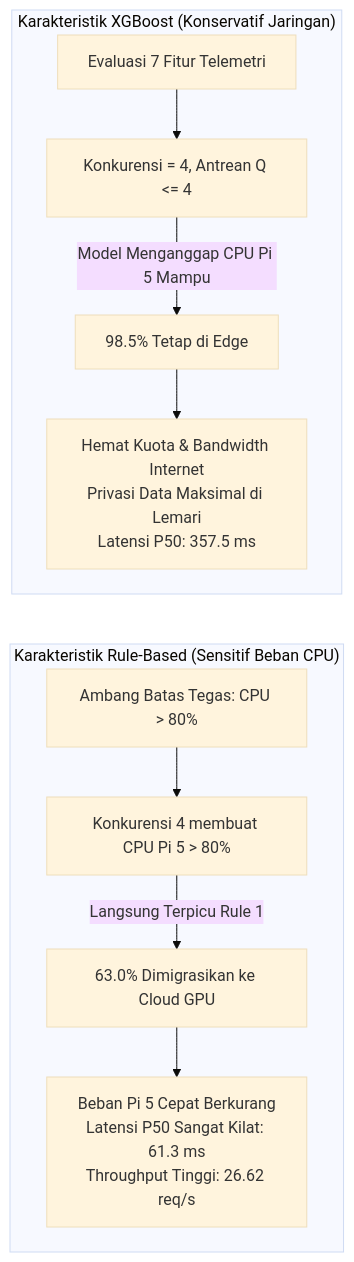
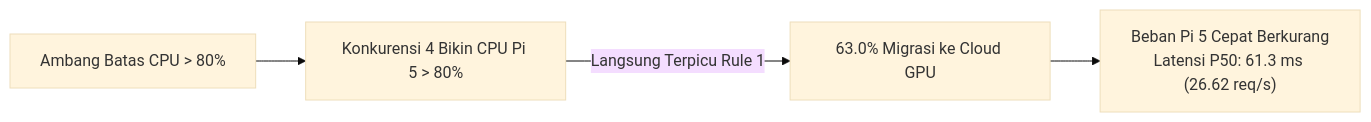
One commit to executeid/penlok changed the third of 3 diagrams in BENCHMARK_COMPARISON_XGB_VS_RULE.md. Above: the diagram before and after it, drawn with Mermaid (base theme). The commit also changed other lines of this file, not shown here.

Commit message:
style(docs): format characteristics as stacked horizontal diagrams (LR per diagram, top-to-bottom layout)

````diff
--- a/BENCHMARK_COMPARISON_XGB_VS_RULE.md
+++ b/BENCHMARK_COMPARISON_XGB_VS_RULE.md
@@ -94,16 +103,6 @@
 ```mermaid
-flowchart TD
-    subgraph KarakterXGB ["Karakteristik XGBoost (Konservatif Jaringan)"]
-        X1["Evaluasi 7 Fitur Telemetri"] --> X2["Konkurensi = 4, Antrean Q <= 4"]
-        X2 -->|"Model Menganggap CPU Pi 5 Mampu"| X3["98.5% Tetap di Edge"]
-        X3 --> X4["Hemat Kuota & Bandwidth Internet\nPrivasi Data Maksimal di Lemari\nLatensi P50: 357.5 ms"]
-    end
-
-    subgraph KarakterRule ["Karakteristik Rule-Based (Sensitif Beban CPU)"]
-        R1["Ambang Batas Tegas: CPU > 80%"] --> R2["Konkurensi 4 membuat CPU Pi 5 > 80%"]
-        R2 -->|"Langsung Terpicu Rule 1"| R3["63.0% Dimigrasikan ke Cloud GPU"]
-        R3 --> R4["Beban Pi 5 Cepat Berkurang\nLatensi P50 Sangat Kilat: 61.3 ms\nThroughput Tinggi: 26.62 req/s"]
-    end
-
-    X4 ~~~ R1
+flowchart LR
+    R1["Ambang Batas CPU > 80%"] --> R2["Konkurensi 4 Bikin CPU Pi 5 > 80%"]
+    R2 -->|"Langsung Terpicu Rule 1"| R3["63.0% Migrasi ke Cloud GPU"]
+    R3 --> R4["Beban Pi 5 Cepat Berkurang\nLatensi P50: 61.3 ms (26.62 req/s)"]
 ```
````
